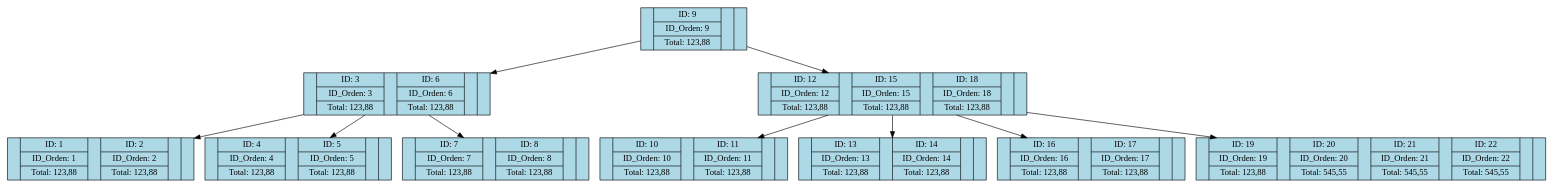
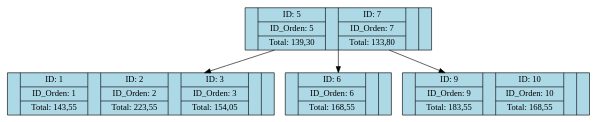
One commit to Santiago78op/EDD_1S2025_201905884 changed the diagram in Fase_2/AutoGestPro/AutoGestPro/Reports/facturas_0.dot. Above: the diagram before and after it, drawn with Graphviz. The commit also changed 20 other files, not shown here.

```diff
--- a/Fase_2/AutoGestPro/AutoGestPro/Reports/facturas_0.dot
+++ b/Fase_2/AutoGestPro/AutoGestPro/Reports/facturas_0.dot
@@ -1,22 +1,10 @@
 digraph BTree {
 node [shape=record, style=filled, fillcolor=lightblue];
-N38496415 [label="<f0> | { ID: 9 | ID_Orden: 9 | Total: 123,88 } | <f1> |"];
-N38496415 -> N10923418;
-N10923418 [label="<f0> | { ID: 3 | ID_Orden: 3 | Total: 123,88 } | <f1> | { ID: 6 | ID_Orden: 6 | Total: 123,88 } | <f2> |"];
-N10923418 -> N31201899;
-N31201899 [label="<f0> | { ID: 1 | ID_Orden: 1 | Total: 123,88 } | <f1> | { ID: 2 | ID_Orden: 2 | Total: 123,88 } | <f2> |"];
-N10923418 -> N12381635;
-N12381635 [label="<f0> | { ID: 4 | ID_Orden: 4 | Total: 123,88 } | <f1> | { ID: 5 | ID_Orden: 5 | Total: 123,88 } | <f2> |"];
-N10923418 -> N44325851;
-N44325851 [label="<f0> | { ID: 7 | ID_Orden: 7 | Total: 123,88 } | <f1> | { ID: 8 | ID_Orden: 8 | Total: 123,88 } | <f2> |"];
-N38496415 -> N63388340;
-N63388340 [label="<f0> | { ID: 12 | ID_Orden: 12 | Total: 123,88 } | <f1> | { ID: 15 | ID_Orden: 15 | Total: 123,88 } | <f2> | { ID: 18 | ID_Orden: 18 | Total: 123,88 } | <f3> |"];
-N63388340 -> N33624151;
-N33624151 [label="<f0> | { ID: 10 | ID_Orden: 10 | Total: 123,88 } | <f1> | { ID: 11 | ID_Orden: 11 | Total: 123,88 } | <f2> |"];
-N63388340 -> N34181910;
-N34181910 [label="<f0> | { ID: 13 | ID_Orden: 13 | Total: 123,88 } | <f1> | { ID: 14 | ID_Orden: 14 | Total: 123,88 } | <f2> |"];
-N63388340 -> N39201736;
-N39201736 [label="<f0> | { ID: 16 | ID_Orden: 16 | Total: 123,88 } | <f1> | { ID: 17 | ID_Orden: 17 | Total: 123,88 } | <f2> |"];
-N63388340 -> N17271312;
-N17271312 [label="<f0> | { ID: 19 | ID_Orden: 19 | Total: 123,88 } | <f1> | { ID: 20 | ID_Orden: 20 | Total: 545,55 } | <f2> | { ID: 21 | ID_Orden: 21 | Total: 545,55 } | <f3> | { ID: 22 | ID_Orden: 22 | Total: 545,55 } | <f4> |"];
+N17271312 [label="<f0> | { ID: 5 | ID_Orden: 5 | Total: 139,30 } | <f1> | { ID: 7 | ID_Orden: 7 | Total: 133,80 } | <f2> |"];
+N17271312 -> N21224086;
+N21224086 [label="<f0> | { ID: 1 | ID_Orden: 1 | Total: 143,55 } | <f1> | { ID: 2 | ID_Orden: 2 | Total: 223,55 } | <f2> | { ID: 3 | ID_Orden: 3 | Total: 154,05 } | <f3> |"];
+N17271312 -> N56799051;
+N56799051 [label="<f0> | { ID: 6 | ID_Orden: 6 | Total: 168,55 } | <f1> |"];
+N17271312 -> N41429416;
+N41429416 [label="<f0> | { ID: 9 | ID_Orden: 9 | Total: 183,55 } | <f1> | { ID: 10 | ID_Orden: 10 | Total: 168,55 } | <f2> |"];
 }
```
